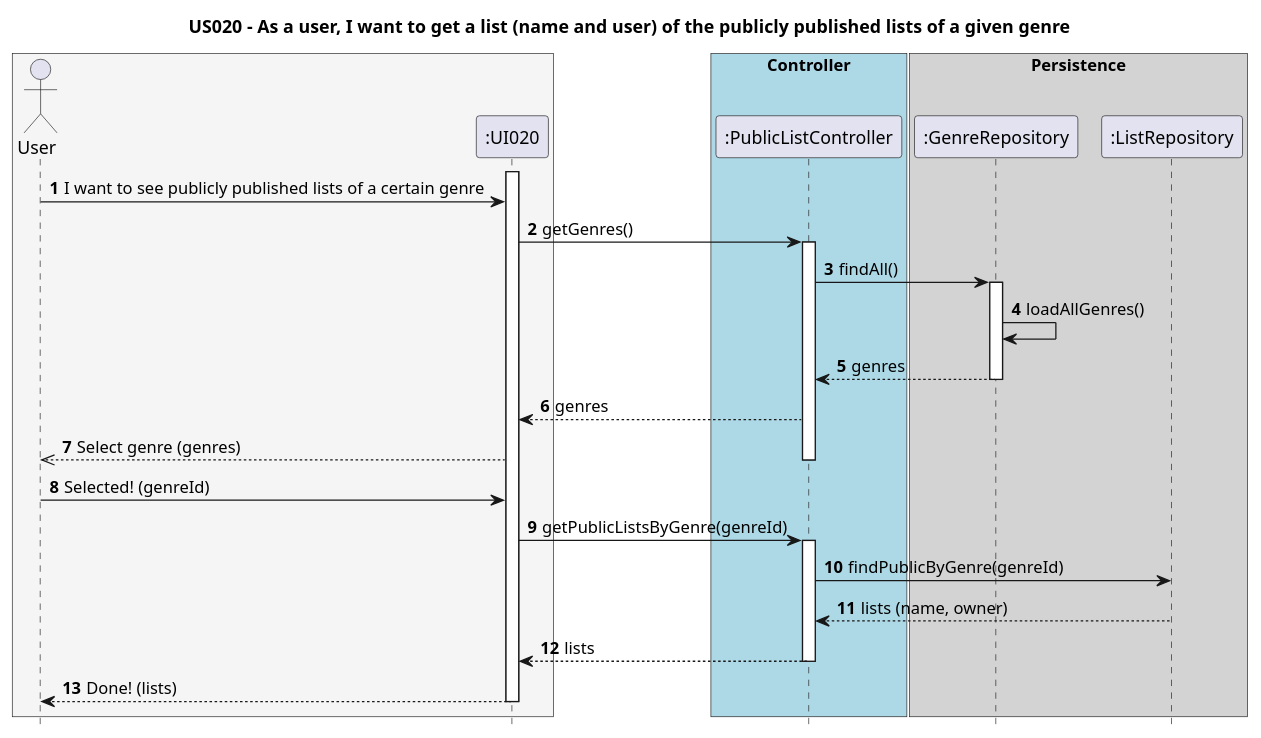
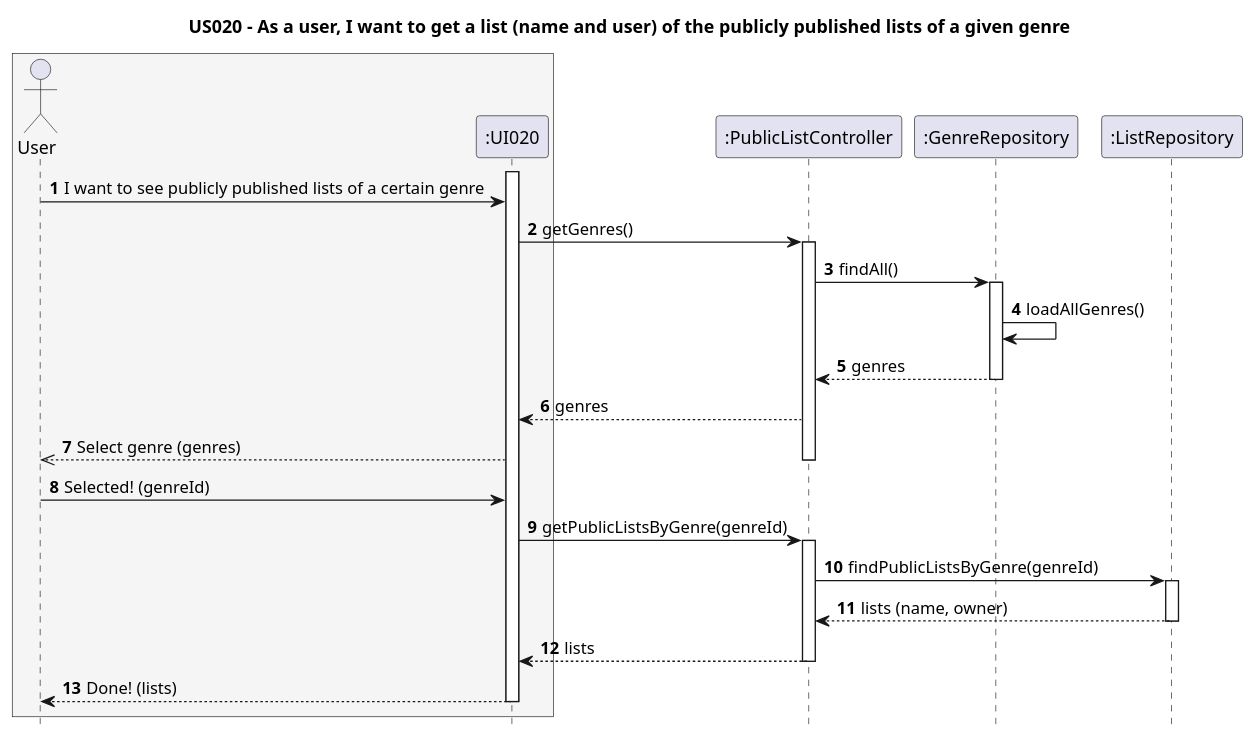
Before and after one commit to AndrePereiraGitH/SWitCH-Project-Team_A: the diagram in Diagrams/SequenceDiagrams/N2/US020-to-get-a-list-of-published-lists-of-a-genre.puml, drawn with PlantUML. The commit also changed 2 other files, not shown here.

Commit message:
Updated #41 and #42 diagrams

```diff
--- a/Diagrams/SequenceDiagrams/N2/US020-to-get-a-list-of-published-lists-of-a-genre.puml
+++ b/Diagrams/SequenceDiagrams/N2/US020-to-get-a-list-of-published-lists-of-a-genre.puml
@@ -1,56 +1,48 @@
 @startuml
 
 hide footbox
 autonumber
 
 title US020 - As a user, I want to get a list (name and user) of the publicly published lists of a given genre
 
 box #WhiteSmoke
 actor User
 participant ":UI020" as UI
 end box
 
-box "Controller" #LightBlue
 participant ":PublicListController" as PublicListController
-end box
-
-box "Persistence" #LightGrey
 participant ":GenreRepository" as GenreRepository
 participant ":ListRepository" as ListRepository
-end box
 
-' Human contact between User and UI
 activate UI
 User -> UI : I want to see publicly published lists of a certain genre
+UI -> PublicListController : getGenres()
 
-' Get genres from the system
-UI -> PublicListController : getGenres()
 activate PublicListController
 
 PublicListController -> GenreRepository : findAll()
+
 activate GenreRepository
 GenreRepository -> GenreRepository : loadAllGenres()
 GenreRepository --> PublicListController : genres
 deactivate GenreRepository
 
 PublicListController --> UI : genres
 UI -->> User : Select genre (genres)
 deactivate PublicListController
 
-' User selects a genre
 User -> UI : Selected! (genreId)
+UI -> PublicListController : getPublicListsByGenre(genreId)
 
-' Fetch public lists for genre
-UI -> PublicListController : getPublicListsByGenre(genreId)
 activate PublicListController
-
-PublicListController -> ListRepository : findPublicByGenre(genreId)
+PublicListController -> ListRepository : findPublicListsByGenre(genreId)
+activate ListRepository
 ListRepository --> PublicListController : lists (name, owner)
-
+deactivate ListRepository
 PublicListController --> UI : lists
 deactivate PublicListController
 
 UI --> User : Done! (lists)
 deactivate UI
 
 @enduml
```
